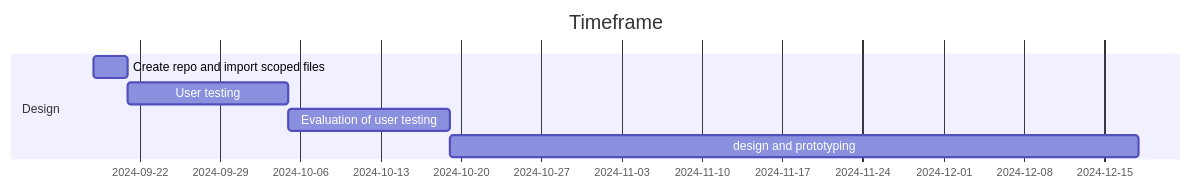
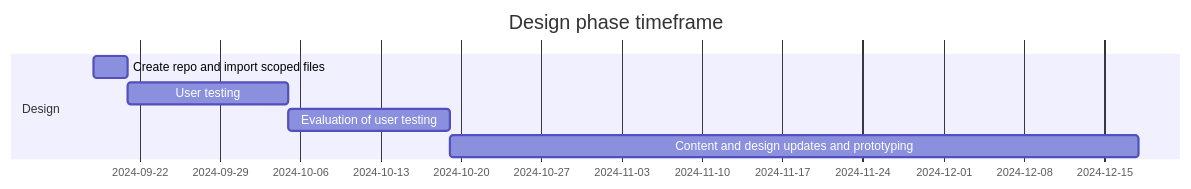
Before and after one commit to cra-proto/gst-hst-business: the first of 2 diagrams in README.md, drawn with Mermaid.

````diff
--- a/README.md
+++ b/README.md
@@ -26,10 +26,10 @@
 ```mermaid
 gantt
-    title Timeframe
+    title Design phase timeframe
     dateFormat  YYYY-MM-DD
     section Design
-    Create repo and import scoped files           :a1, 2024-09-18, 3d
-    User testing     :a2, after a1  , 14d
-    Evaluation of user testing     :a3, after a2  , 14d
-    design and prototyping     :after a3  , 60d
+    Create repo and import scoped files :a1, 2024-09-18, 3d
+    User testing :a2, after a1, 14d
+    Evaluation of user testing :a3, after a2, 14d
+    Content and design updates and prototyping :after a3, 60d
 ```
````
